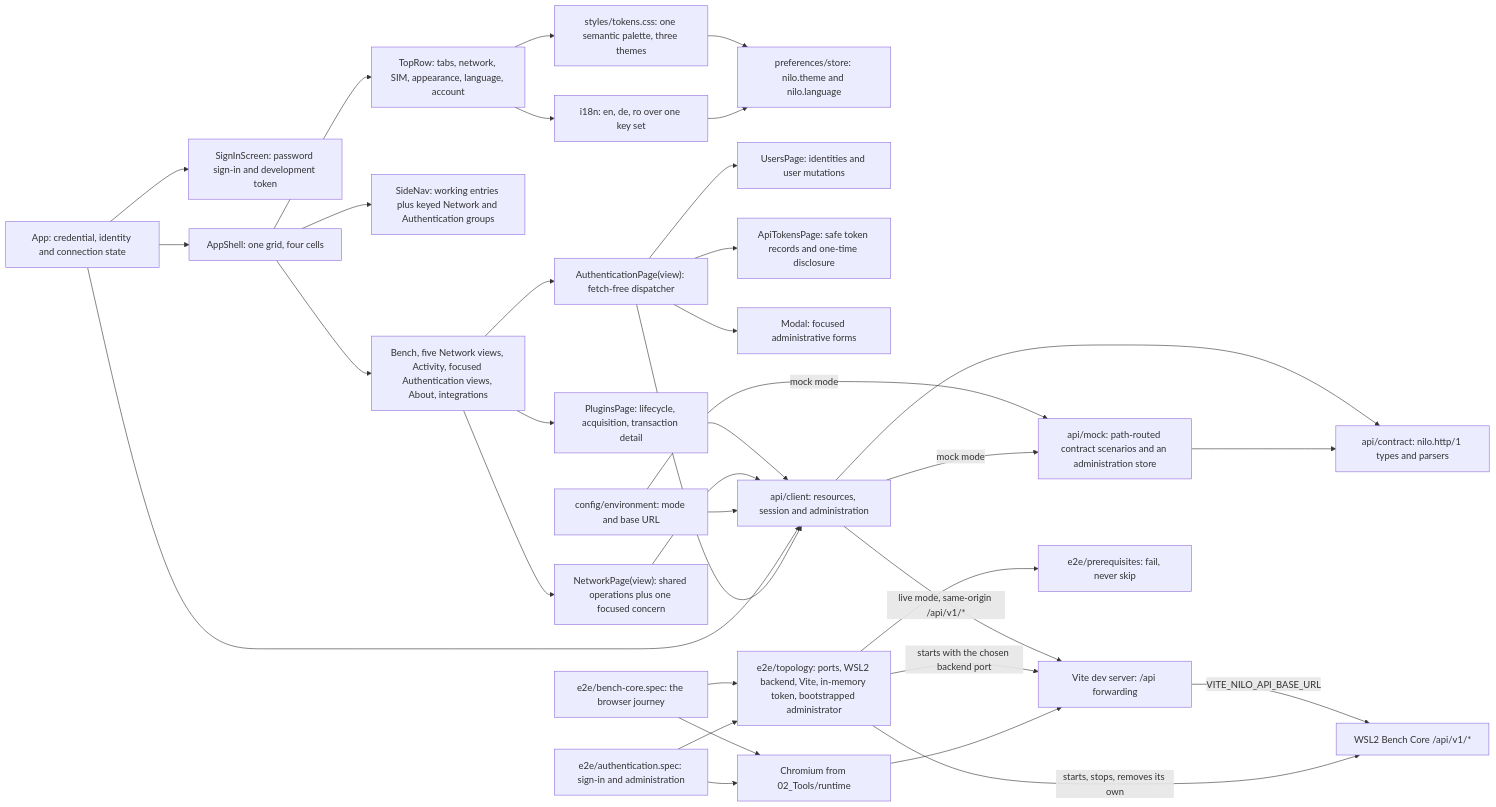
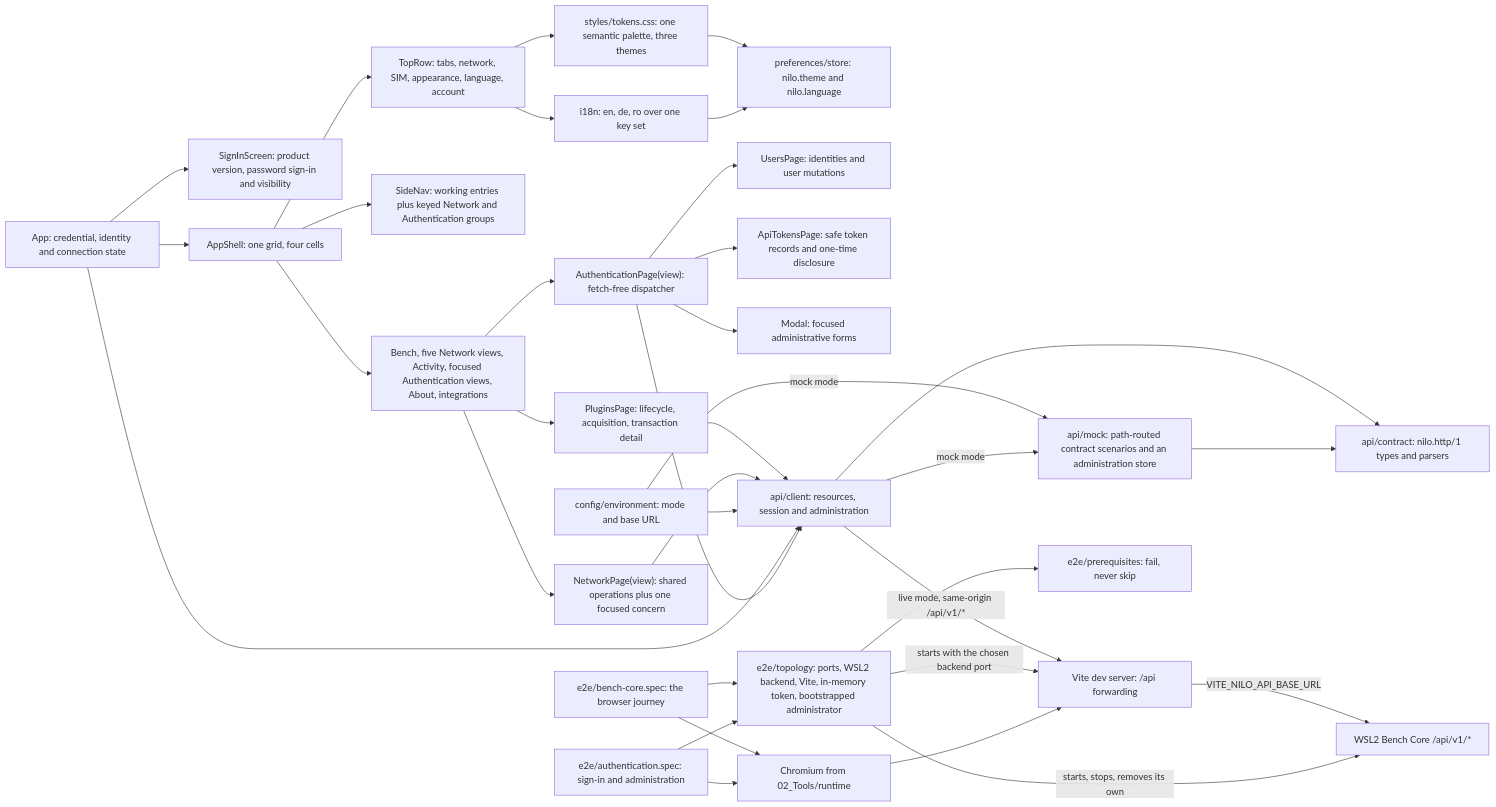
Before and after one commit to DDP-Engineering/2026_Networked_Intelligent_Lab_Orchestrator: the diagram in .agentic/knowledge/gui-foundation.md, drawn with Mermaid. The commit also changed other lines of this file and 29 other files, not shown here.

````diff
--- a/.agentic/knowledge/gui-foundation.md
+++ b/.agentic/knowledge/gui-foundation.md
@@ -221,62 +223,62 @@
 ```mermaid
 flowchart LR
     app["App: credential, identity and connection state"]
-    signin["SignInScreen: password sign-in and development token"]
+    signin["SignInScreen: product version, password sign-in and visibility"]
     shell["AppShell: one grid, four cells"]
     toprow["TopRow: tabs, network, SIM, appearance, language, account"]
     sidenav["SideNav: working entries plus keyed Network and Authentication groups"]
     pages["Bench, five Network views, Activity, focused Authentication views, About, integrations"]
     tokens["styles/tokens.css: one semantic palette, three themes"]
     catalogue["i18n: en, de, ro over one key set"]
     prefs["preferences/store: nilo.theme and nilo.language"]
     admin["AuthenticationPage(view): fetch-free dispatcher"]
     users["UsersPage: identities and user mutations"]
     apitokens["ApiTokensPage: safe token records and one-time disclosure"]
     netpage["NetworkPage(view): shared operations plus one focused concern"]
     modal["Modal: focused administrative forms"]
     env["config/environment: mode and base URL"]
     client["api/client: resources, session and administration"]
     contract["api/contract: nilo.http/1 types and parsers"]
     mock["api/mock: path-routed contract scenarios and an administration store"]
     proxy["Vite dev server: /api forwarding"]
     backend["WSL2 Bench Core /api/v1/*"]
     app --> signin
     app --> shell
     shell --> toprow
     shell --> sidenav
     shell --> pages
     pages --> instruments["PluginsPage: lifecycle, acquisition, transaction detail"]
     instruments --> client
     pages --> admin
     admin --> users
     admin --> apitokens
     pages --> netpage
     netpage --> client
     admin --> modal
     toprow --> tokens
     toprow --> catalogue
     tokens --> prefs
     catalogue --> prefs
     env --> client
     env -- "mock mode" --> mock
     client --> contract
     mock --> contract
     app --> client
     admin --> client
     client -- "live mode, same-origin /api/v1/*" --> proxy
     proxy -- "VITE_NILO_API_BASE_URL" --> backend
     client -- "mock mode" --> mock
     harness["e2e/topology: ports, WSL2 backend, Vite, in-memory token, bootstrapped administrator"]
     prereq["e2e/prerequisites: fail, never skip"]
     spec["e2e/bench-core.spec: the browser journey"]
     adminspec["e2e/authentication.spec: sign-in and administration"]
     browser["Chromium from 02_Tools/runtime"]
     harness --> prereq
     harness -- "starts, stops, removes its own" --> backend
     harness -- "starts with the chosen backend port" --> proxy
     spec --> harness
     adminspec --> harness
     spec --> browser
     adminspec --> browser
     browser --> proxy
 ```
````
